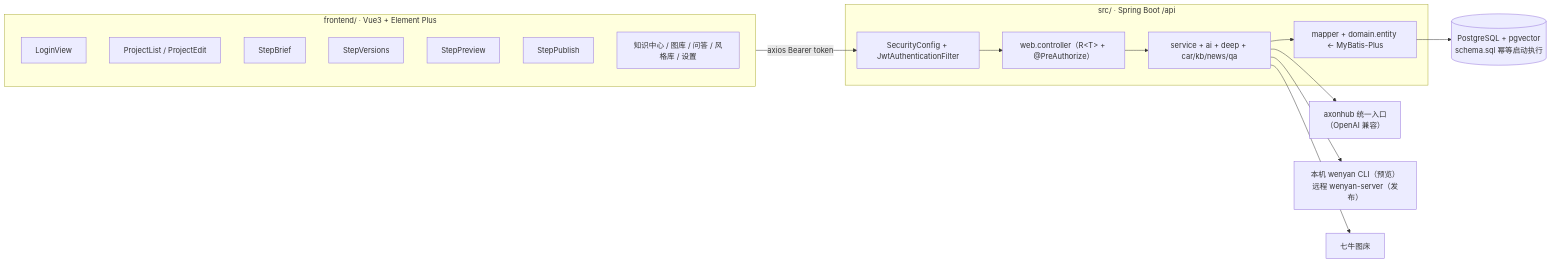
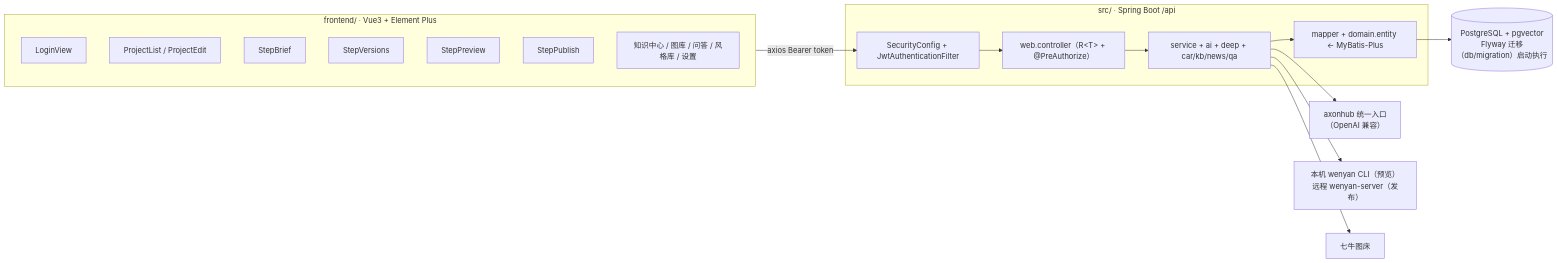
The first of 2 diagrams in docs/README.md (openshell/sparkora), drawn with Mermaid before and after one commit. The commit also changed other lines of this file and 14 other files, not shown here.

First line of the commit message:
docs(spec): schema.sql 引用改指 Flyway 迁移 + 版本化约定

````diff
--- a/docs/README.md
+++ b/docs/README.md
@@ -16,27 +16,27 @@
 ```mermaid
 graph LR
     subgraph FE["frontend/ · Vue3 + Element Plus"]
         L["LoginView"]
         PL["ProjectList / ProjectEdit"]
         SB["StepBrief"]
         SV["StepVersions"]
         SP["StepPreview"]
         SPB["StepPublish"]
         KC["知识中心 / 图库 / 问答 / 风格库 / 设置"]
     end
     subgraph BE["src/ · Spring Boot /api"]
         SEC["SecurityConfig + JwtAuthenticationFilter"]
         CTRL["web.controller（R&lt;T&gt; + @PreAuthorize）"]
         SVC["service + ai + deep + car/kb/news/qa"]
         MP["mapper + domain.entity ← MyBatis-Plus"]
     end
-    DB[("PostgreSQL + pgvector<br/>schema.sql 幂等启动执行")]
+    DB[("PostgreSQL + pgvector<br/>Flyway 迁移（db/migration）启动执行")]
     AI["axonhub 统一入口<br/>（OpenAI 兼容）"]
     WY["本机 wenyan CLI（预览）<br/>远程 wenyan-server（发布）"]
     QN["七牛图床"]
 
     FE -->|"axios Bearer token"| SEC --> CTRL --> SVC --> MP --> DB
     SVC --> AI
     SVC --> WY
     SVC --> QN
 ```
````
